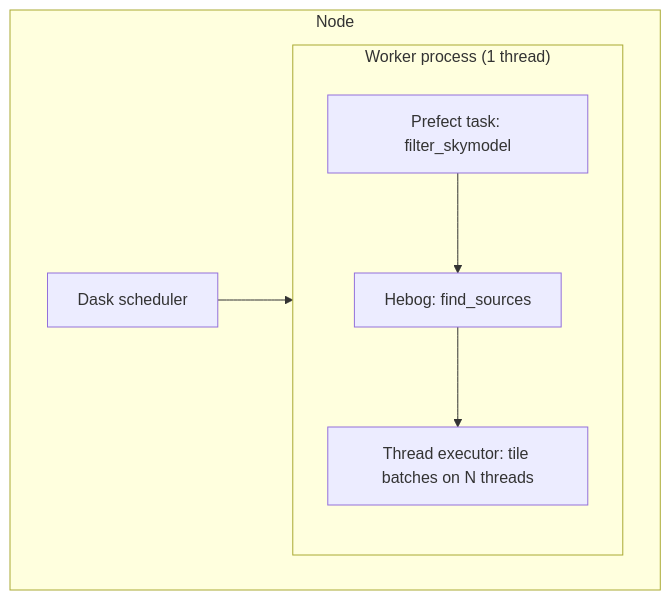
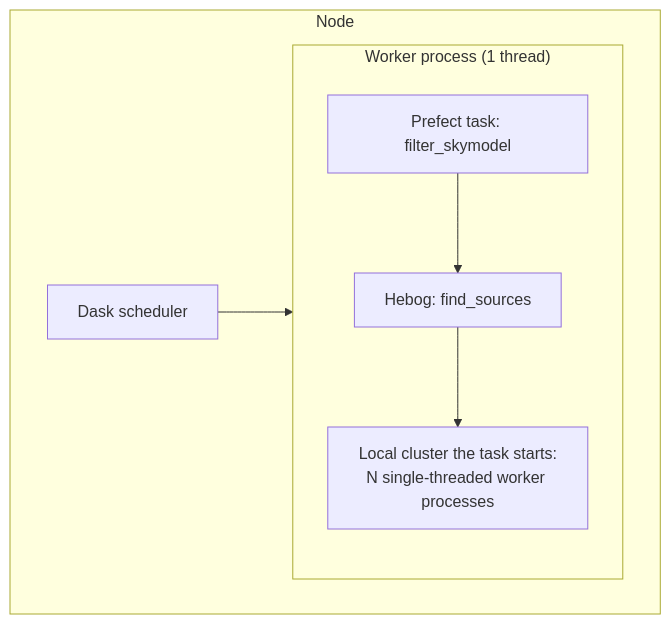
Before and after one commit to gemmadanks/hebog: the first of 4 diagrams in docs/architecture/rapthor-execution-layouts.md, drawn with Mermaid. The commit also changed other lines of this file and 30 other files, not shown here.

````diff
--- a/docs/architecture/rapthor-execution-layouts.md
+++ b/docs/architecture/rapthor-execution-layouts.md
@@ -57,13 +61,13 @@
 ```mermaid
 flowchart TB
     subgraph node["Node"]
         scheduler["Dask scheduler"]
         subgraph worker["Worker process (1 thread)"]
             task["Prefect task: filter_skymodel"]
             hebog["Hebog: find_sources"]
-            threads["Thread executor: tile batches on N threads"]
-            task --> hebog --> threads
+            local["Local cluster the task starts:<br/>N single-threaded worker processes"]
+            task --> hebog --> local
         end
         scheduler --> worker
     end
 ```
````
